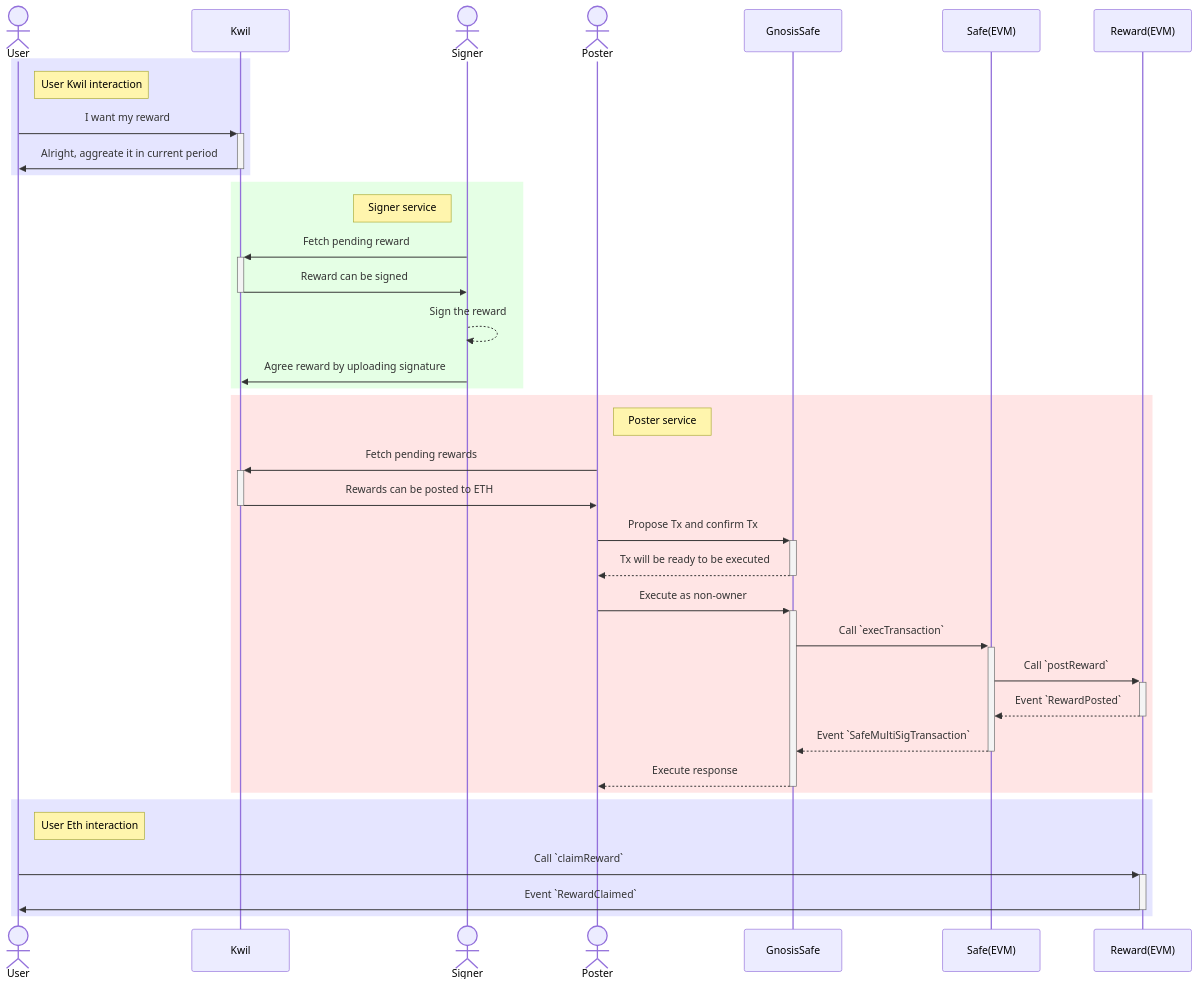
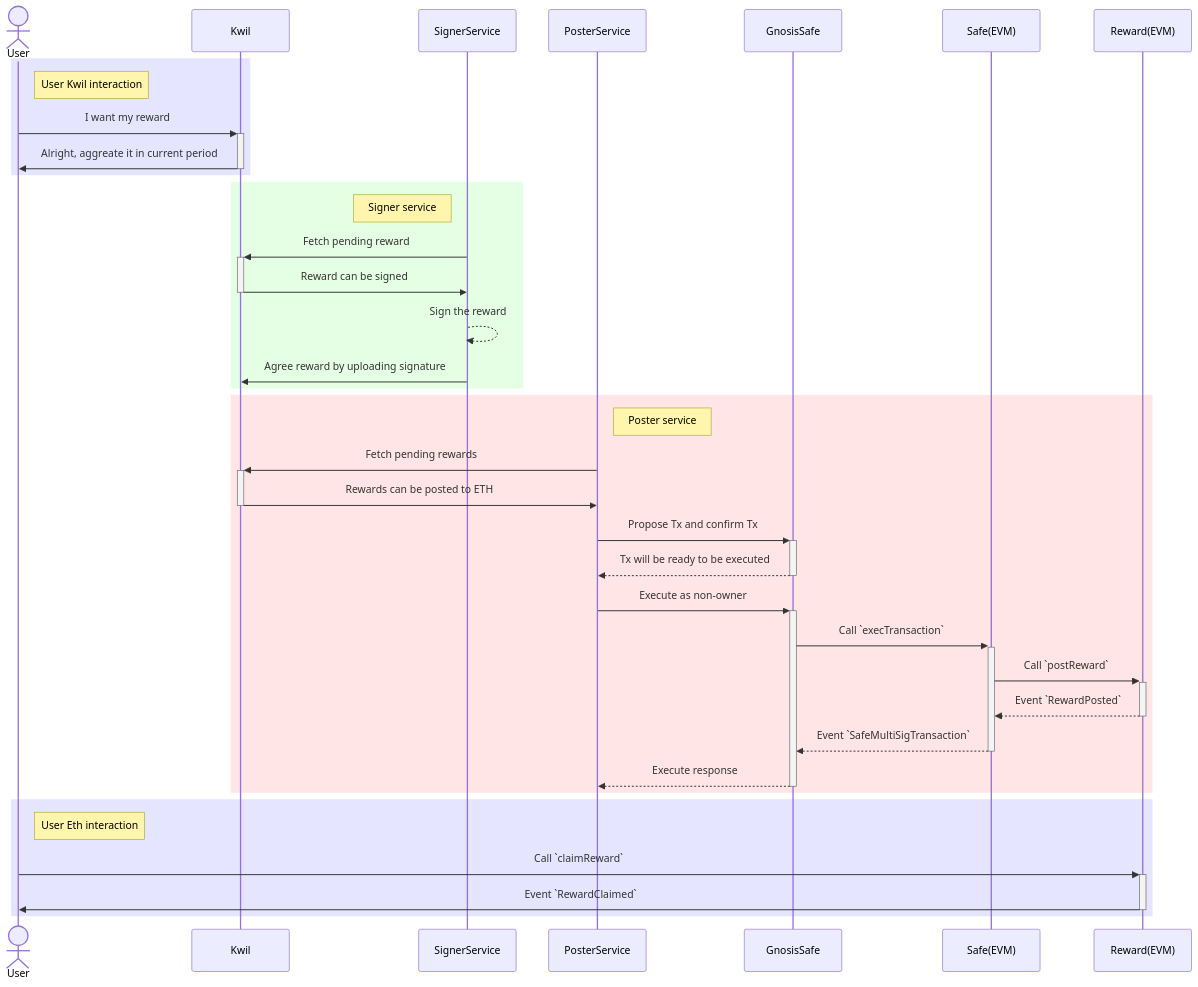
One commit to trufnetwork/rewards_contracts changed the diagram in README.md. Above: the diagram before and after it, drawn with Mermaid. The commit also changed other lines of this file and 4 other files, not shown here.

````diff
--- a/README.md
+++ b/README.md
@@ -20,45 +5,45 @@
 ```mermaid
 sequenceDiagram
     Actor u as User
     participant k as Kwil
-    Actor s as Signer
-    Actor p as Poster
+    participant s as SignerService
+    participant p as PosterService
     participant g as GnosisSafe
     participant sf as Safe(EVM)
     participant r as Reward(EVM)
 
     rect rgba(0, 0, 255, .1)
     Note right of u: User Kwil interaction
     u ->>+ k: I want my reward
     k ->>- u: Alright, aggreate it in current period
     end
 
     rect rgba(0,255,0,.1)
     Note left of s: Signer service
     s ->>+ k: Fetch pending reward
     k ->>- s: Reward can be signed
     s -->> s: Sign the reward
     s ->> k: Agree reward by uploading signature
     end
 
     rect rgba(255,0,0,.1)
     Note right of p: Poster service
     p ->>+ k: Fetch pending rewards
     k ->>- p: Rewards can be posted to ETH
     p ->>+ g: Propose Tx and confirm Tx
     g -->>- p: Tx will be ready to be executed
 
     p ->>+ g: Execute as non-owner
     g ->>+ sf: Call `execTransaction`
     sf ->>+ r: Call `postReward`
     r -->>- sf: Event `RewardPosted`
     sf -->>- g: Event `SafeMultiSigTransaction`
     g -->>- p: Execute response
     end
 
     rect rgba(0,0, 255, .1)
     Note right of u: User Eth interaction
     u ->>+ r: Call `claimReward`
     r ->>- u: Event `RewardClaimed`
     end
 ```
````
